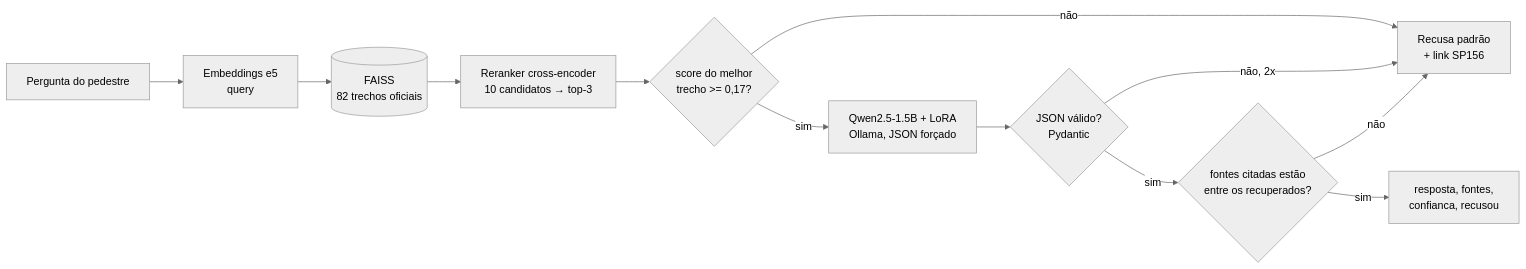
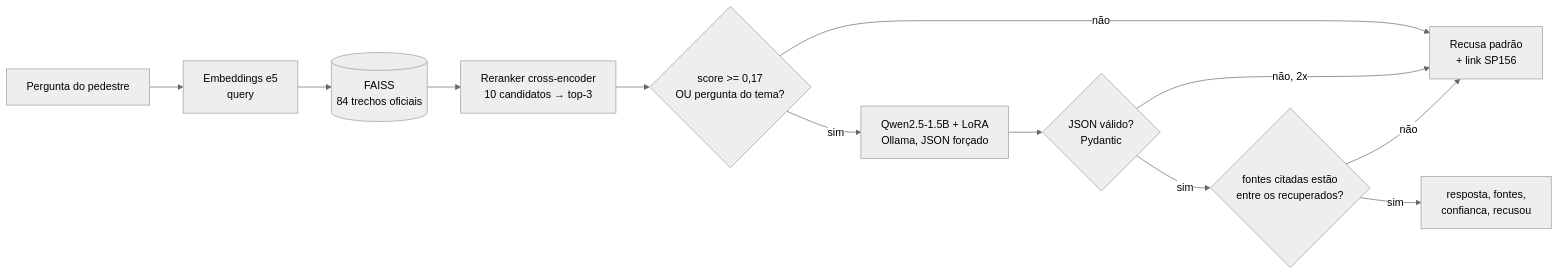
Before and after one commit to Passo-Seguro/passo-seguro-genai: the diagram in docs/relatorio.md, drawn with Mermaid (neutral theme). The commit also changed other lines of this file and 48 other files, not shown here.

````diff
--- a/docs/relatorio.md
+++ b/docs/relatorio.md
@@ -32,14 +32,14 @@
 ```mermaid
 flowchart LR
     P[Pergunta do pedestre] --> E[Embeddings e5<br/>query]
-    E --> F[(FAISS<br/>82 trechos oficiais)]
+    E --> F[(FAISS<br/>84 trechos oficiais)]
     F --> RR[Reranker cross-encoder<br/>10 candidatos → top-3]
-    RR --> T{score do melhor<br/>trecho >= 0,17?}
+    RR --> T{score >= 0,17<br/>OU pergunta do tema?}
     T -- não --> R1[Recusa padrão<br/>+ link SP156]
     T -- sim --> L[Qwen2.5-1.5B + LoRA<br/>Ollama, JSON forçado]
     L --> V{JSON válido?<br/>Pydantic}
     V -- não, 2x --> R1
     V -- sim --> C{fontes citadas estão<br/>entre os recuperados?}
     C -- não --> R1
     C -- sim --> S[resposta, fontes,<br/>confianca, recusou]
 ```
````
